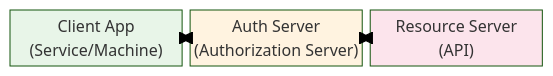
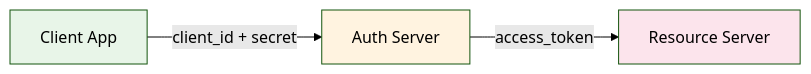
The second of 2 diagrams in docs/Client-Credentials-Flow.md (arvindwaiker/OAuth), drawn with Mermaid (forest theme) before and after one commit. The commit also changed 3 other files, not shown here.

Commit message:
Fix block-beta diagrams to use flowchart syntax

````diff
--- a/docs/Client-Credentials-Flow.md
+++ b/docs/Client-Credentials-Flow.md
@@ -77,11 +77,9 @@
 ```mermaid
-block-beta
-    columns 3
+flowchart LR
+    A[Client App<br/Service/Machine] -->|client_id + secret| B[Auth Server]
+    B -->|access_token| C[Resource Server<br/API]
 
-    Client["Client App<br/>(Service/Machine)"]<-->Auth["Auth Server<br/>(Authorization Server)"]
-    Auth<-->Resource["Resource Server<br/>(API)"]
-
-    style Client fill:#e8f5e8
-    style Auth fill:#fff3e0
-    style Resource fill:#fce4ec
+    style A fill:#e8f5e8
+    style B fill:#fff3e0
+    style C fill:#fce4ec
 ```
````
